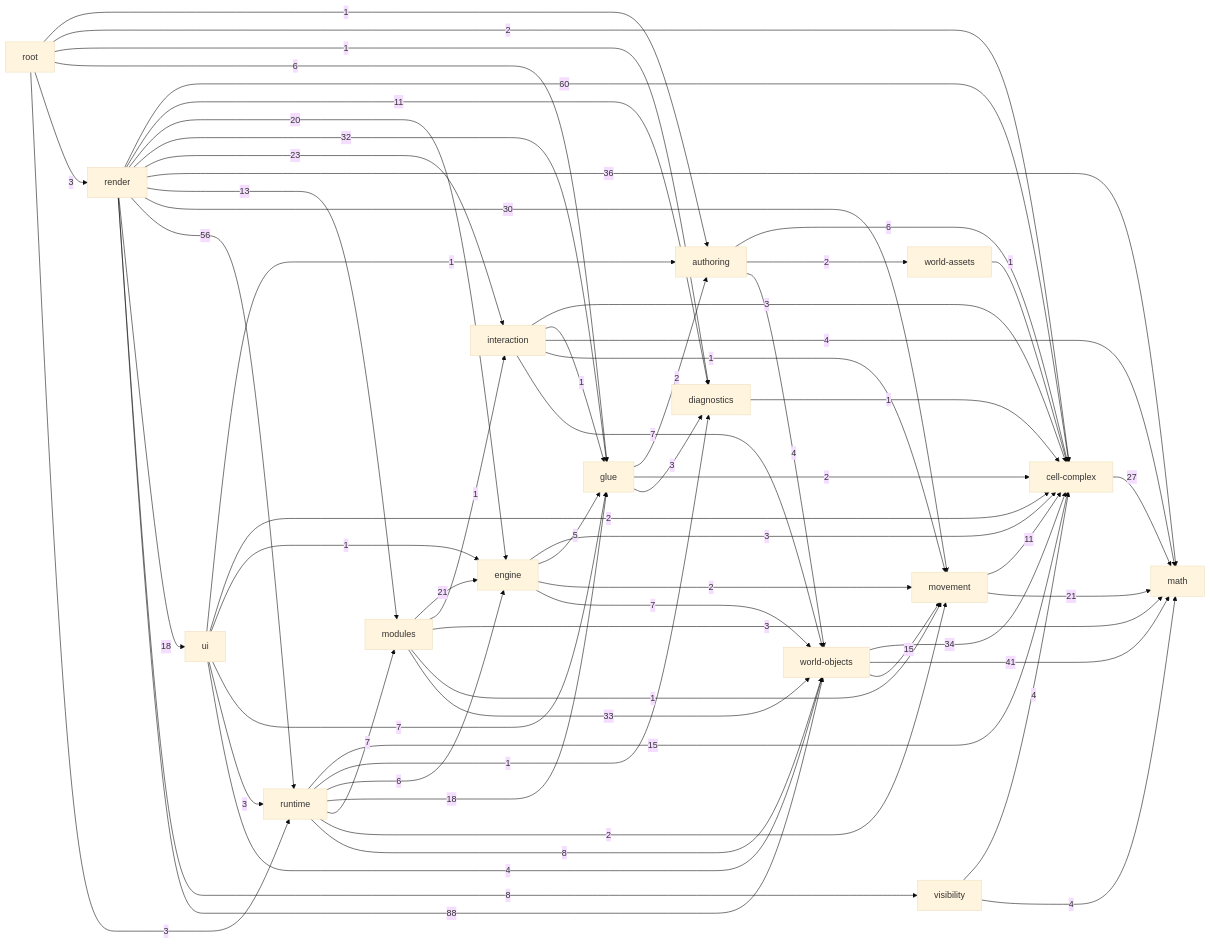
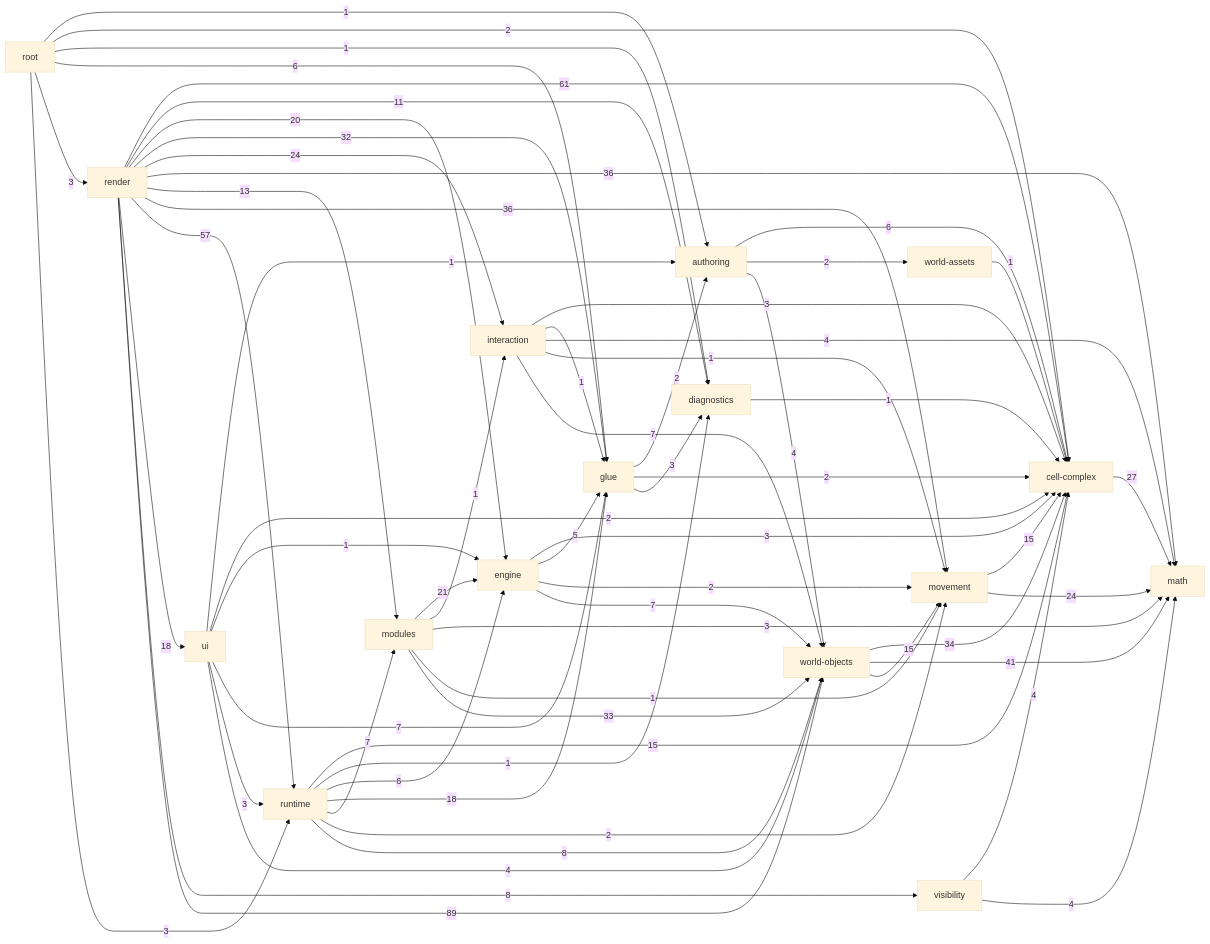
One commit to guraltsev/noneuclid-fpv changed the diagram in _docs/generated/ARCHITECTURE_REFERENCE.md. Above: the diagram before and after it, drawn with Mermaid (base theme). The commit also changed other lines of this file and 15 other files, not shown here.

````diff
--- a/_docs/generated/ARCHITECTURE_REFERENCE.md
+++ b/_docs/generated/ARCHITECTURE_REFERENCE.md
@@ -37,80 +37,80 @@
 ```mermaid
 flowchart LR
   math["math"]
   cell_complex["cell-complex"]
   diagnostics["diagnostics"]
   visibility["visibility"]
   movement["movement"]
   world_assets["world-assets"]
   world_objects["world-objects"]
   authoring["authoring"]
   glue["glue"]
   interaction["interaction"]
   engine["engine"]
   modules["modules"]
   runtime["runtime"]
   ui["ui"]
   render["render"]
   root["root"]
   authoring -->|6| cell_complex
   authoring -->|2| world_assets
   authoring -->|4| world_objects
   cell_complex -->|27| math
   diagnostics -->|1| cell_complex
   engine -->|3| cell_complex
   engine -->|5| glue
   engine -->|2| movement
   engine -->|7| world_objects
   glue -->|2| authoring
   glue -->|2| cell_complex
   glue -->|3| diagnostics
   interaction -->|3| cell_complex
   interaction -->|1| glue
   interaction -->|4| math
   interaction -->|1| movement
   interaction -->|7| world_objects
   modules -->|21| engine
   modules -->|1| interaction
   modules -->|3| math
   modules -->|1| movement
   modules -->|33| world_objects
-  movement -->|11| cell_complex
-  movement -->|21| math
-  render -->|60| cell_complex
+  movement -->|15| cell_complex
+  movement -->|24| math
+  render -->|61| cell_complex
   render -->|11| diagnostics
   render -->|20| engine
   render -->|32| glue
-  render -->|23| interaction
+  render -->|24| interaction
   render -->|36| math
   render -->|13| modules
-  render -->|30| movement
-  render -->|56| runtime
+  render -->|36| movement
+  render -->|57| runtime
   render -->|18| ui
   render -->|8| visibility
-  render -->|88| world_objects
+  render -->|89| world_objects
   root -->|1| authoring
   root -->|2| cell_complex
   root -->|1| diagnostics
   root -->|6| glue
   root -->|3| render
   root -->|3| runtime
   runtime -->|15| cell_complex
   runtime -->|1| diagnostics
   runtime -->|6| engine
   runtime -->|18| glue
   runtime -->|7| modules
   runtime -->|2| movement
   runtime -->|8| world_objects
   ui -->|1| authoring
   ui -->|2| cell_complex
   ui -->|1| engine
   ui -->|7| glue
   ui -->|3| runtime
   ui -->|4| world_objects
   visibility -->|4| cell_complex
   visibility -->|4| math
   world_assets -->|1| cell_complex
   world_objects -->|34| cell_complex
   world_objects -->|41| math
   world_objects -->|15| movement
 ```
````
